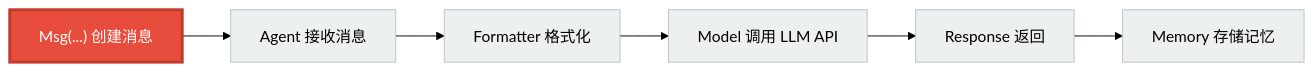
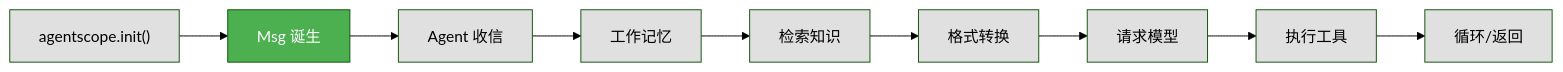
The first of 2 diagrams in teaching/book/volume-1-journey/ch04-message-born.md (agentscope-ai/agentscope), drawn with Mermaid (forest theme) before and after one commit. The commit also changed other lines of this file, not shown here.

````diff
--- a/teaching/book/volume-1-journey/ch04-message-born.md
+++ b/teaching/book/volume-1-journey/ch04-message-born.md
@@ -17,15 +10,21 @@
 ```mermaid
 graph LR
-    A["Msg(...) 创建消息"] --> B["Agent 接收消息"]
-    B --> C["Formatter 格式化"]
-    C --> D["Model 调用 LLM API"]
-    D --> E["Response 返回"]
-    E --> F["Memory 存储记忆"]
+    Init["agentscope.init()"] --> Msg["Msg 诞生"]
+    Msg --> Agent["Agent 收信"]
+    Agent --> Memory["工作记忆"]
+    Memory --> Retrieve["检索知识"]
+    Retrieve --> Format["格式转换"]
+    Format --> Model["请求模型"]
+    Model --> Tool["执行工具"]
+    Tool --> Loop["循环/返回"]
 
-    style A fill:#e74c3c,stroke:#c0392b,color:#fff,stroke-width:3px
-    style B fill:#ecf0f1,stroke:#bdc3c7
-    style C fill:#ecf0f1,stroke:#bdc3c7
-    style D fill:#ecf0f1,stroke:#bdc3c7
-    style E fill:#ecf0f1,stroke:#bdc3c7
-    style F fill:#ecf0f1,stroke:#bdc3c7
+    style Init fill:#e0e0e0
+    style Msg fill:#4caf50,color:white
+    style Agent fill:#e0e0e0
+    style Memory fill:#e0e0e0
+    style Retrieve fill:#e0e0e0
+    style Format fill:#e0e0e0
+    style Model fill:#e0e0e0
+    style Tool fill:#e0e0e0
+    style Loop fill:#e0e0e0
 ```
````
